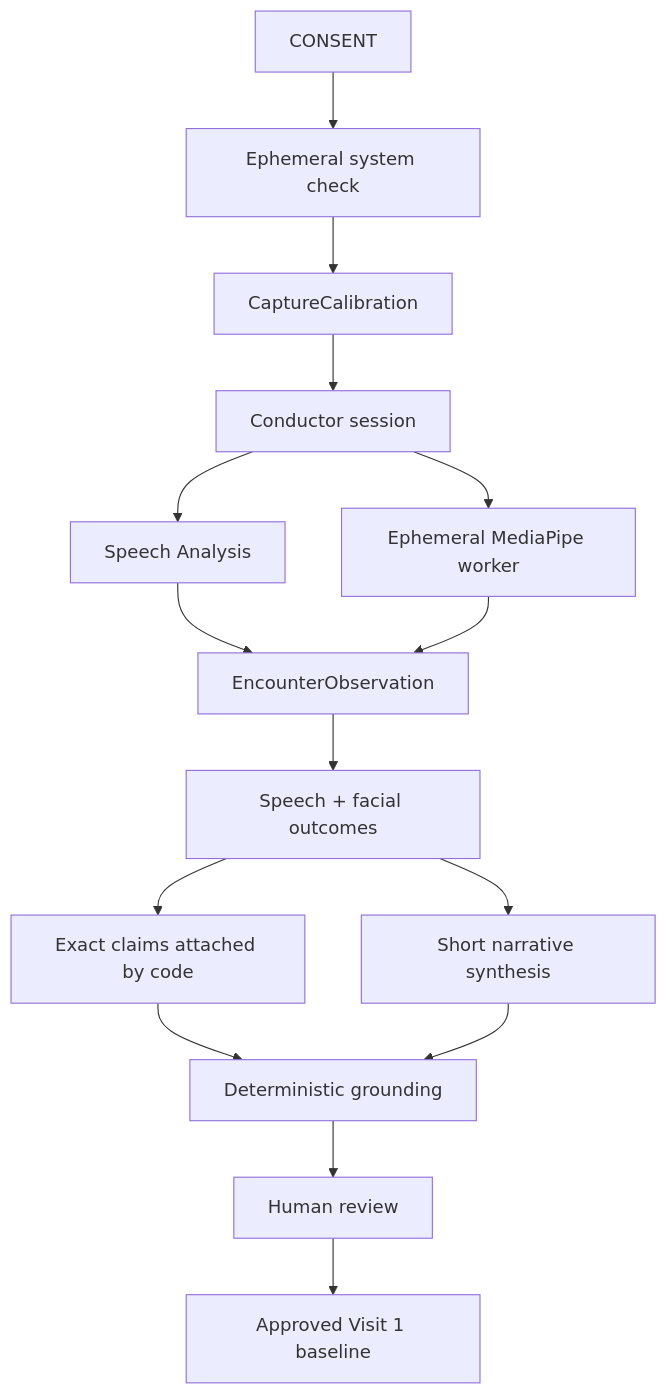
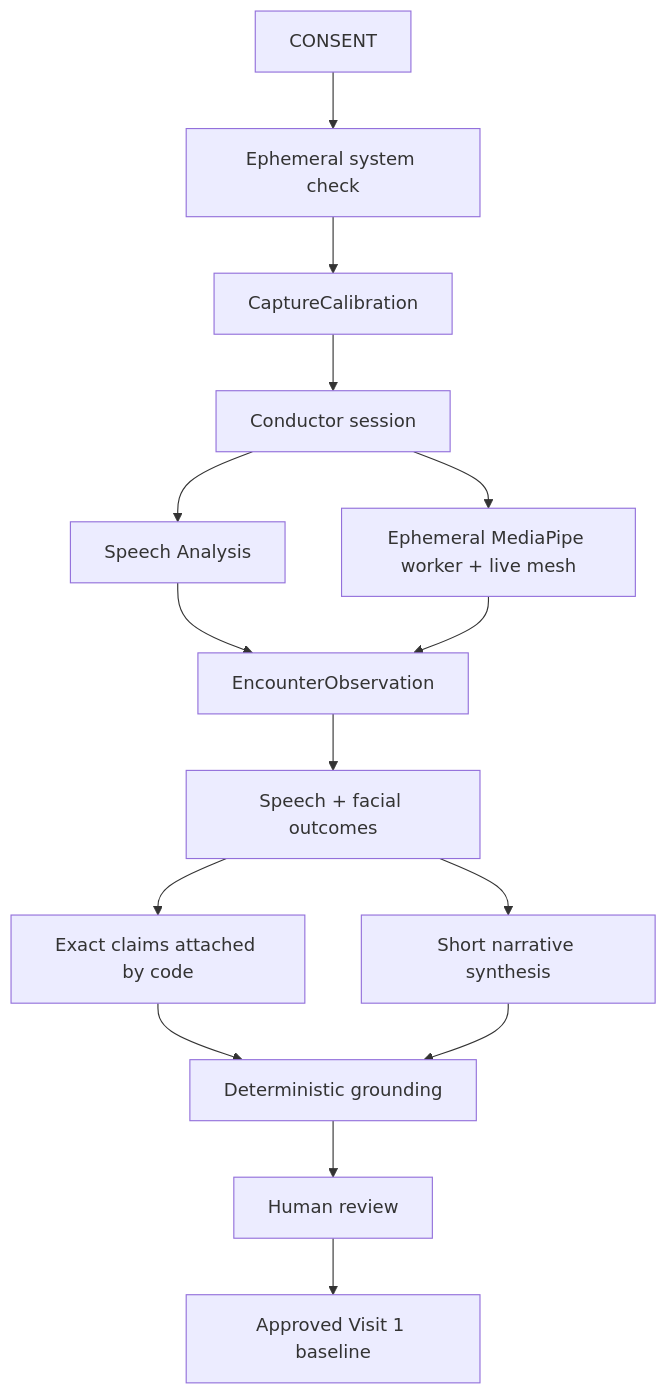
The second of 2 diagrams in docs/architecture.md (logannye/neurotrax), drawn with Mermaid before and after one commit. The commit also changed other lines of this file and 36 other files, not shown here.

Commit message:
Gate guided tasks and render live facial mesh

````diff
--- a/docs/architecture.md
+++ b/docs/architecture.md
@@ -186,17 +210,17 @@
 ```mermaid
 flowchart TD
     CONSENT --> CHECK["Ephemeral system check"]
     CHECK --> CAL["CaptureCalibration"]
     CAL --> SESSION["Conductor session"]
     SESSION --> AUDIO["Speech Analysis"]
-    SESSION --> FACE["Ephemeral MediaPipe worker"]
+    SESSION --> FACE["Ephemeral MediaPipe worker + live mesh"]
     AUDIO --> OBS["EncounterObservation"]
     FACE --> OBS
     OBS --> FACTS["Speech + facial outcomes"]
     FACTS --> CLAIMS["Exact claims attached by code"]
     FACTS --> NARRATIVE["Short narrative synthesis"]
     CLAIMS --> GROUND["Deterministic grounding"]
     NARRATIVE --> GROUND
     GROUND --> REVIEW["Human review"]
     REVIEW --> BASELINE["Approved Visit 1 baseline"]
 ```
````
